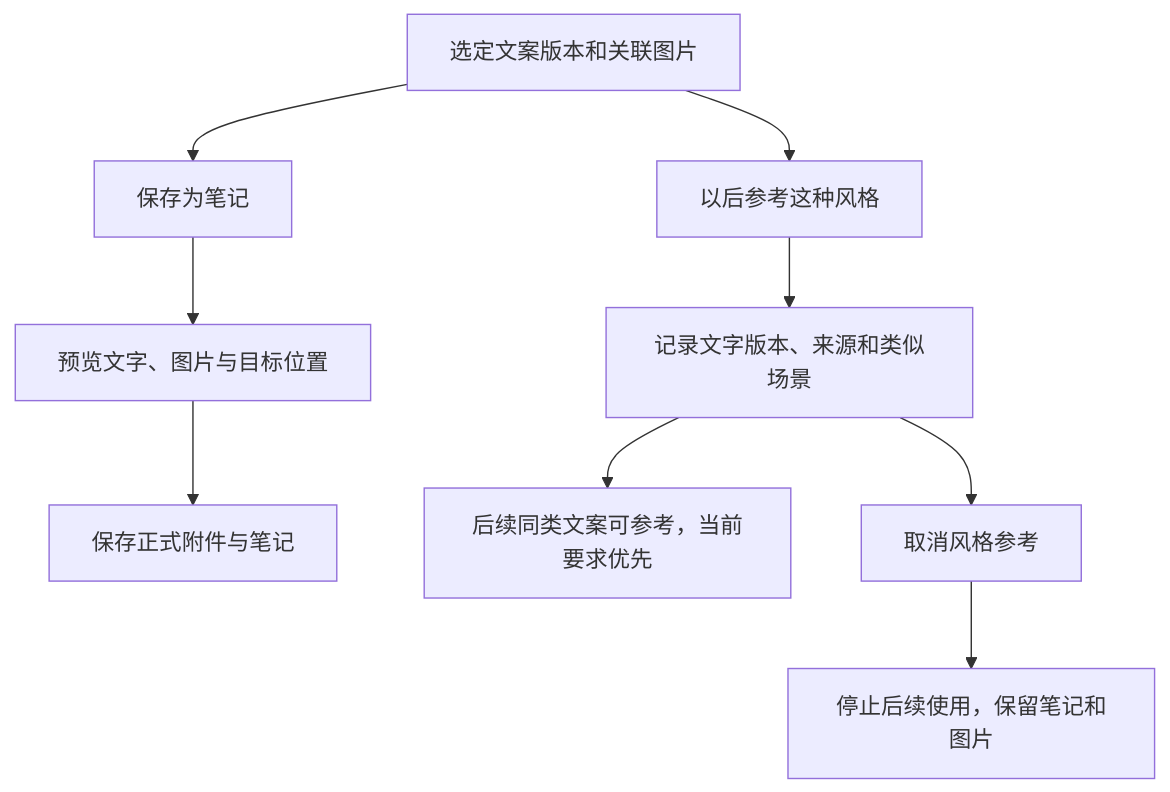
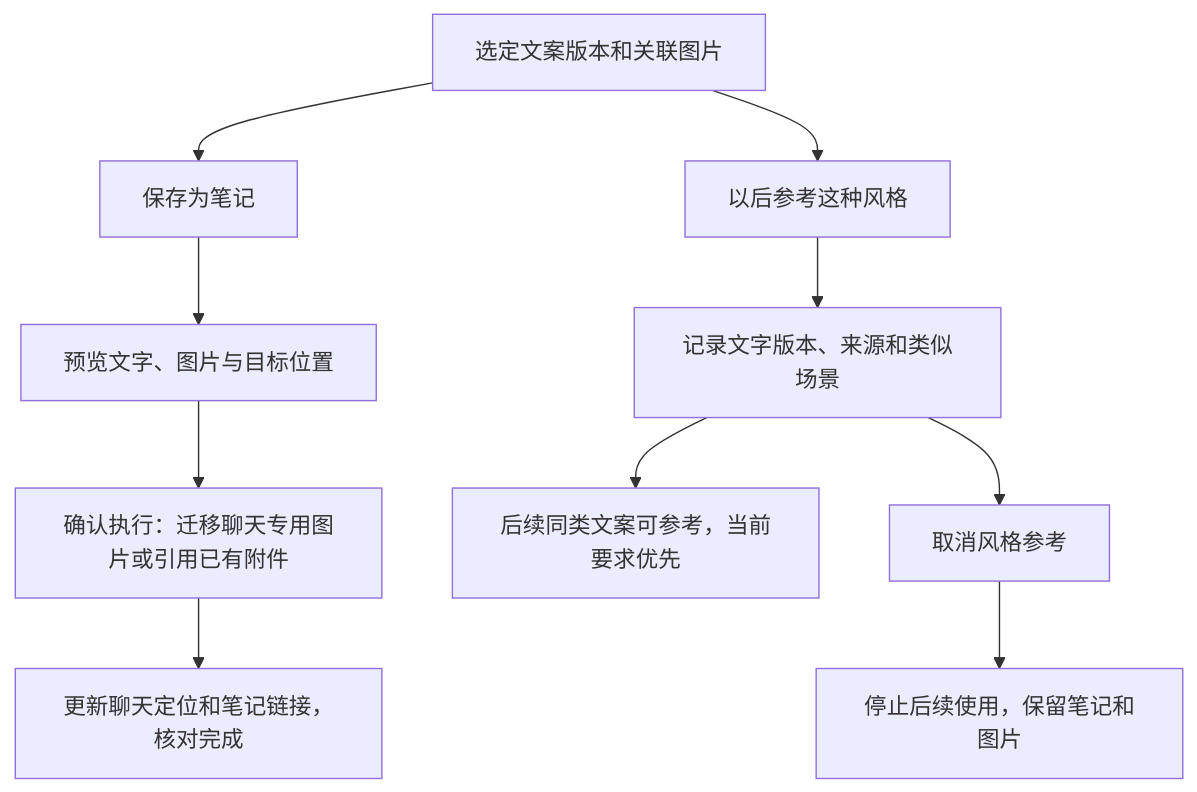
One commit to edonyzpc/personal-assistant changed the diagram in docs/product/specs/pa-multimodal-chat-product-spec.md. Above: the diagram before and after it, drawn with Mermaid. The commit also changed other lines of this file and 4 other files, not shown here.

````diff
--- a/docs/product/specs/pa-multimodal-chat-product-spec.md
+++ b/docs/product/specs/pa-multimodal-chat-product-spec.md
@@ -144,11 +174,12 @@
 ```mermaid
 flowchart TD
   A[选定文案版本和关联图片] --> B[保存为笔记]
   B --> C[预览文字、图片与目标位置]
-  C --> D[保存正式附件与笔记]
+  C --> D[确认执行：迁移聊天专用图片或引用已有附件]
+  D --> J[更新聊天定位和笔记链接，核对完成]
   A --> E[以后参考这种风格]
   E --> F[记录文字版本、来源和类似场景]
   F --> G[后续同类文案可参考，当前要求优先]
   F --> H[取消风格参考]
   H --> I[停止后续使用，保留笔记和图片]
 ```
````
